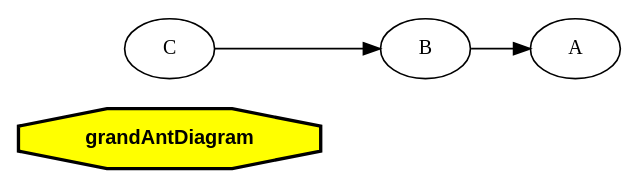
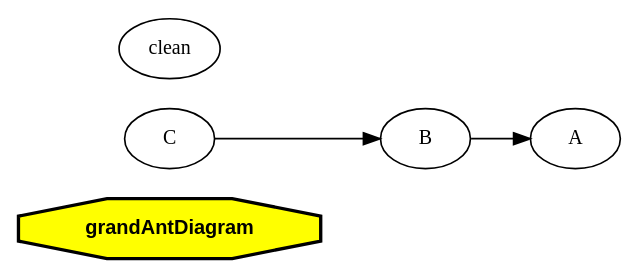
The diagram in build.dot (humbertodias/ant-dependency-view), drawn with Graphviz before and after one commit. The commit also changed 2 other files, not shown here.

```diff
--- a/build.dot
+++ b/build.dot
@@ -1,15 +1,17 @@
 digraph "null" {
 graph [rankdir="LR"];
 node [fontsize="12"];
 edge [fontsize="10"];
 "grandAntDiagram" [shape=octagon,fillcolor="yellow",style="filled,bold",fontname="Helvetica-Bold"];
 
 "A"
 
+"clean"
+
 "C"
 "C" -> "B";
 
 "B"
 "B" -> "A";
 
 }
```
